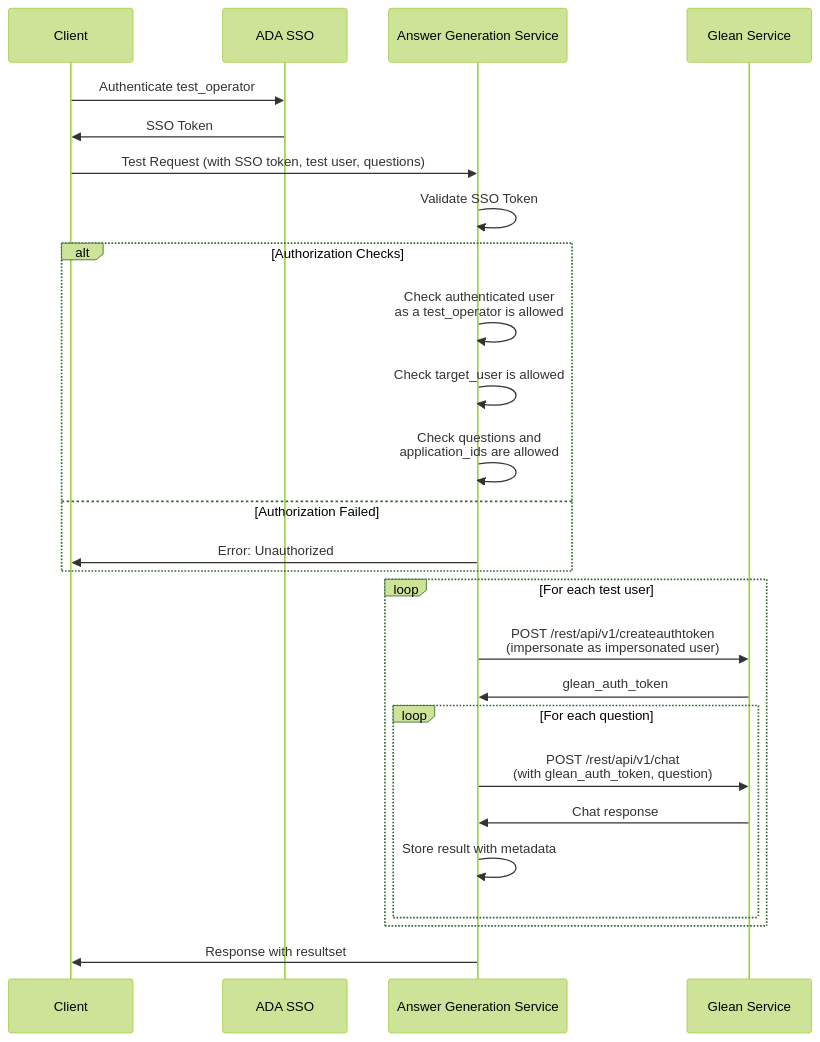
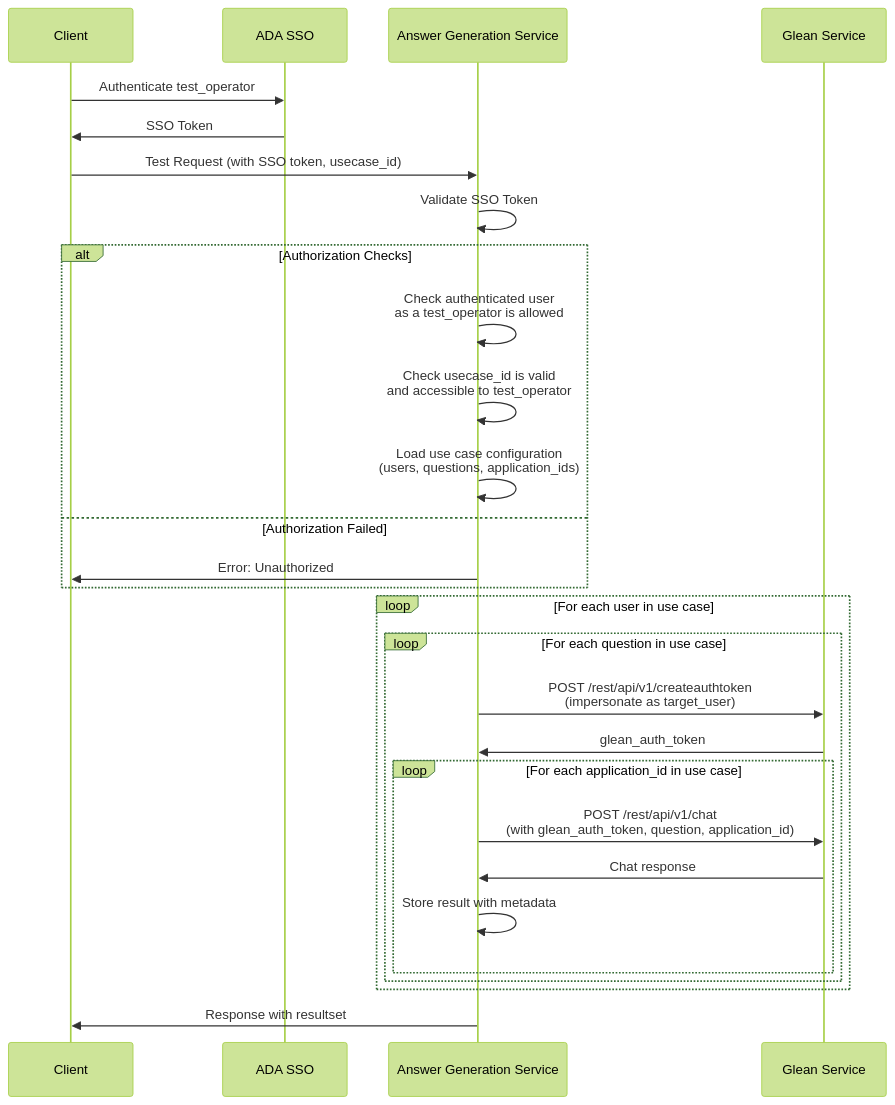
Before and after one commit to andrewhzy/test-automation: the second of 2 diagrams in answer-generation-architecture.md, drawn with Mermaid (forest theme). The commit also changed other lines of this file and 1 other file, not shown here.

Commit message:
updated answer-generation-architecture.md and oas.yaml files

````diff
--- a/answer-generation-architecture.md
+++ b/answer-generation-architecture.md
@@ -49,32 +49,34 @@
 ```mermaid
 sequenceDiagram
     participant C as Client
     participant SSO as ADA SSO
     participant TA as Answer Generation Service
     participant G as Glean Service
     
     C->>SSO: Authenticate test_operator
     SSO->>C: SSO Token
-    C->>TA: Test Request (with SSO token, test user, questions)
+    C->>TA: Test Request (with SSO token, usecase_id)
     TA->>TA: Validate SSO Token
     
     alt Authorization Checks
         TA->>TA: Check authenticated user <br/>as a test_operator is allowed
-        TA->>TA: Check target_user is allowed
-        TA->>TA: Check questions and <br/>application_ids are allowed
+        TA->>TA: Check usecase_id is valid <br/>and accessible to test_operator
+        TA->>TA: Load use case configuration <br/>(users, questions, application_ids)
     else Authorization Failed
         TA->>C: Error: Unauthorized
     end
     
-    loop For each test user
-        TA->>G: POST /rest/api/v1/createauthtoken <br/>(impersonate as impersonated user)
-        G->>TA: glean_auth_token
-        loop For each question
-            TA->>G: POST /rest/api/v1/chat<br/> (with glean_auth_token, question)
-            G->>TA: Chat response
-            TA->>TA: Store result with metadata
+    loop For each user in use case
+        loop For each question in use case
+            TA->>G: POST /rest/api/v1/createauthtoken <br/>(impersonate as target_user)
+            G->>TA: glean_auth_token
+            loop For each application_id in use case
+                TA->>G: POST /rest/api/v1/chat<br/> (with glean_auth_token, question, application_id)
+                G->>TA: Chat response
+                TA->>TA: Store result with metadata
+            end
         end
     end
 
     TA->>C: Response with resultset
 ```
````
